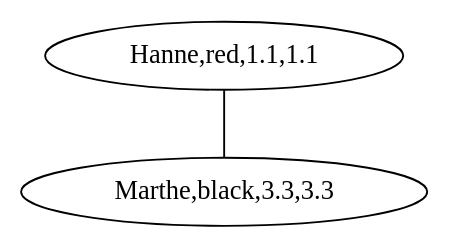
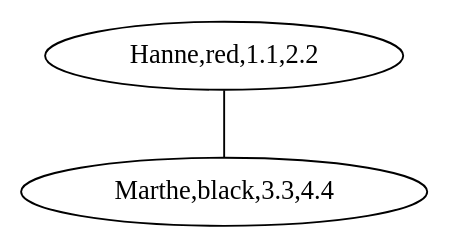
Before and after one commit to richelbilderbeek/boost_graph_cookbook_1: the diagram in BoostGraphTutorial/create_all_direct_neighbour_custom_and_selectable_vertices_subgraphs_0.dot, drawn with Graphviz. The commit also changed 69 other files, not shown here.

```diff
--- a/BoostGraphTutorial/create_all_direct_neighbour_custom_and_selectable_vertices_subgraphs_0.dot
+++ b/BoostGraphTutorial/create_all_direct_neighbour_custom_and_selectable_vertices_subgraphs_0.dot
@@ -1,5 +1,5 @@
 graph G {
-0[label="Hanne,red,1.1,1.1", regular="0"];
-1[label="Marthe,black,3.3,3.3", regular="0"];
+0[label="Hanne,red,1.1,2.2", regular="0"];
+1[label="Marthe,black,3.3,4.4", regular="0"];
 0--1 ;
 }
```
